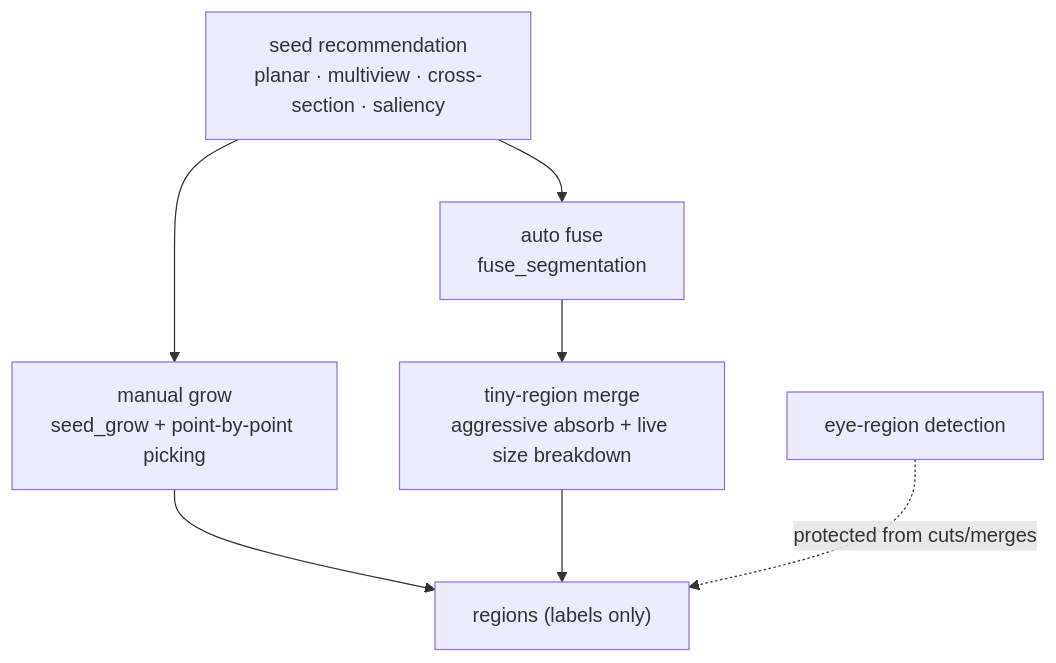
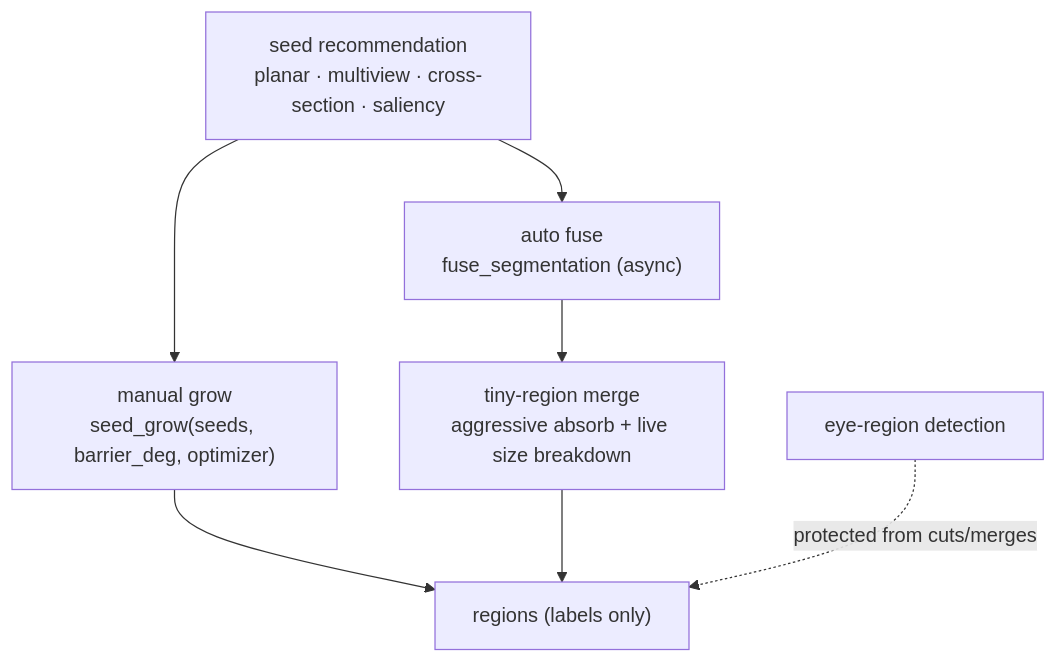
Before and after one commit to ZackaryShen/ColorYourModel: the diagram in docs/algorithms/seed-grow-fuse.md, drawn with Mermaid. The commit also changed other lines of this file and 46 other files, not shown here.

````diff
--- a/docs/algorithms/seed-grow-fuse.md
+++ b/docs/algorithms/seed-grow-fuse.md
@@ -9,9 +8,9 @@
 ```mermaid
 flowchart TD
-    S["seed recommendation<br/>planar · multiview · cross-section · saliency"] --> G["manual grow<br/>seed_grow + point-by-point picking"]
-    S --> F["auto fuse<br/>fuse_segmentation"]
+    S["seed recommendation<br/>planar · multiview · cross-section · saliency"] --> G["manual grow<br/>seed_grow(seeds, barrier_deg, optimizer)"]
+    S --> F["auto fuse<br/>fuse_segmentation (async)"]
     F --> T["tiny-region merge<br/>aggressive absorb + live size breakdown"]
     G --> RG["regions (labels only)"]
     T --> RG
     EY["eye-region detection"] -. protected from cuts/merges .-> RG
 ```
````
